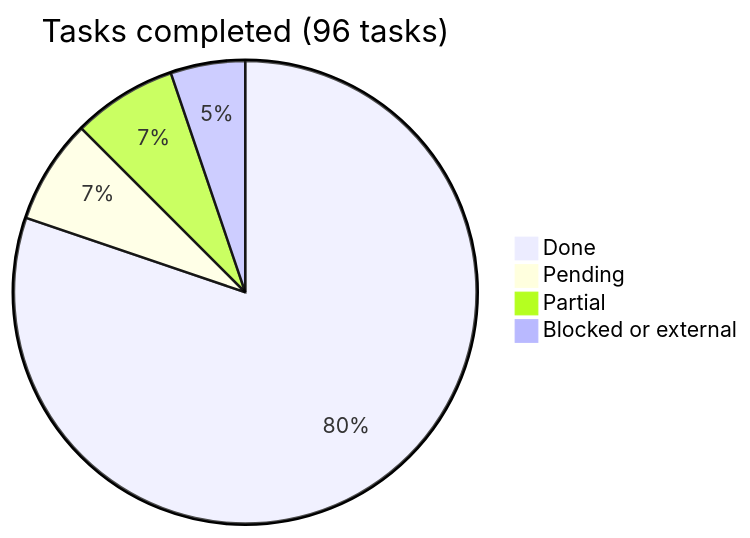
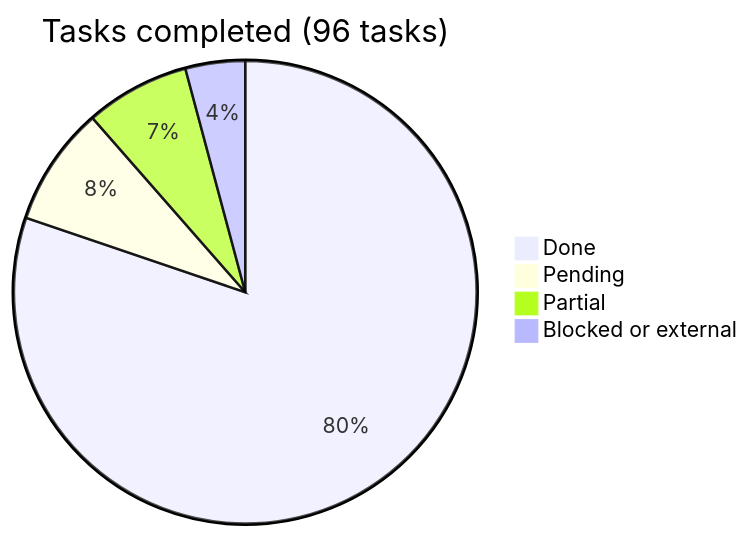
The diagram in docs/roadmap/README.md (araguaney-lat/araguaney-app), drawn with Mermaid before and after one commit. The commit also changed other lines of this file and 3 other files, not shown here.

````diff
--- a/docs/roadmap/README.md
+++ b/docs/roadmap/README.md
@@ -16,7 +16,7 @@
 ```mermaid
 pie title Tasks completed (96 tasks)
     "Done" : 77
-    "Pending" : 7
+    "Pending" : 8
     "Partial" : 7
-    "Blocked or external" : 5
+    "Blocked or external" : 4
 ```
````
